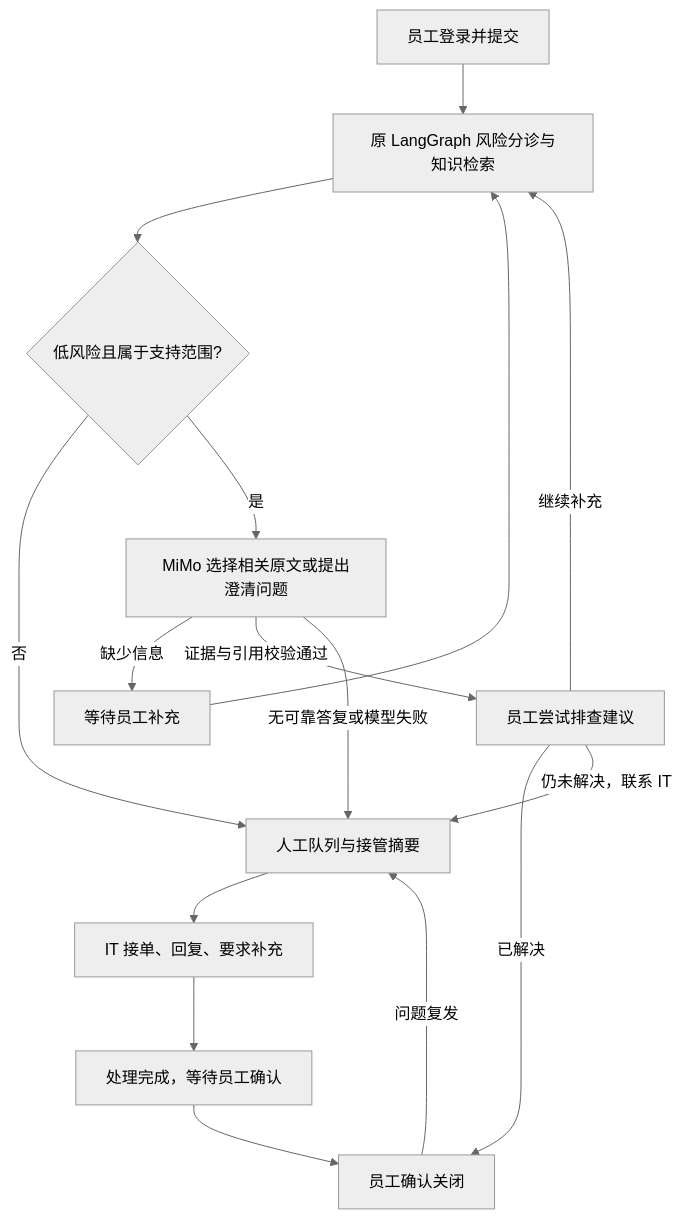
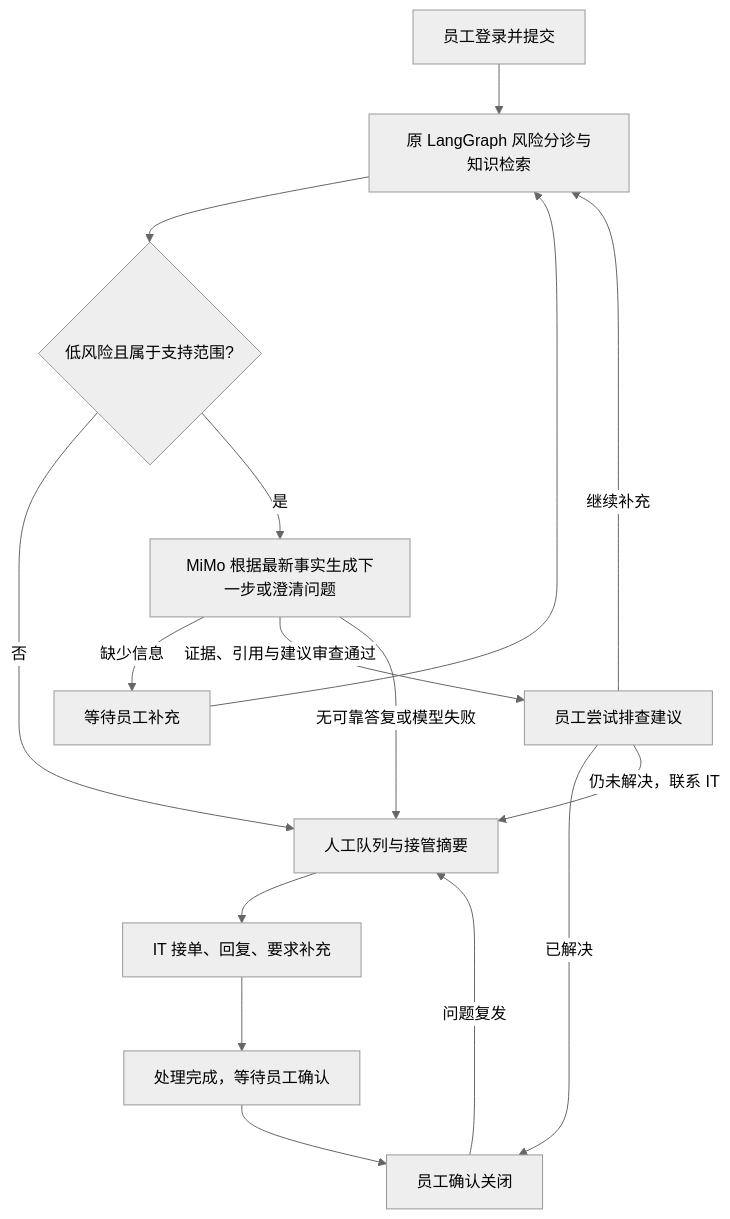
One commit to su4-6/QIYE-agent-plus changed the diagram in docs/employee-workflow.md. Above: the diagram before and after it, drawn with Mermaid (neutral theme). The commit also changed other lines of this file and 15 other files, not shown here.

````diff
--- a/docs/employee-workflow.md
+++ b/docs/employee-workflow.md
@@ -9,18 +9,18 @@
 ```mermaid
 flowchart TD
  A[员工登录并提交] --> B[原 LangGraph 风险分诊与知识检索]
  B --> C{低风险且属于支持范围?}
  C -->|否| H[人工队列与接管摘要]
- C -->|是| D[MiMo 选择相关原文或提出澄清问题]
+ C -->|是| D[MiMo 根据最新事实生成下一步或澄清问题]
  D -->|缺少信息| E[等待员工补充]
  E --> B
- D -->|证据与引用校验通过| F[员工尝试排查建议]
+ D -->|证据、引用与建议审查通过| F[员工尝试排查建议]
  D -->|无可靠答复或模型失败| H
  F -->|继续补充| B
  F -->|已解决| G[员工确认关闭]
  F -->|仍未解决，联系 IT| H
  H --> I[IT 接单、回复、要求补充]
  I --> J[处理完成，等待员工确认]
  J --> G
  G -->|问题复发| H
 ```
````
